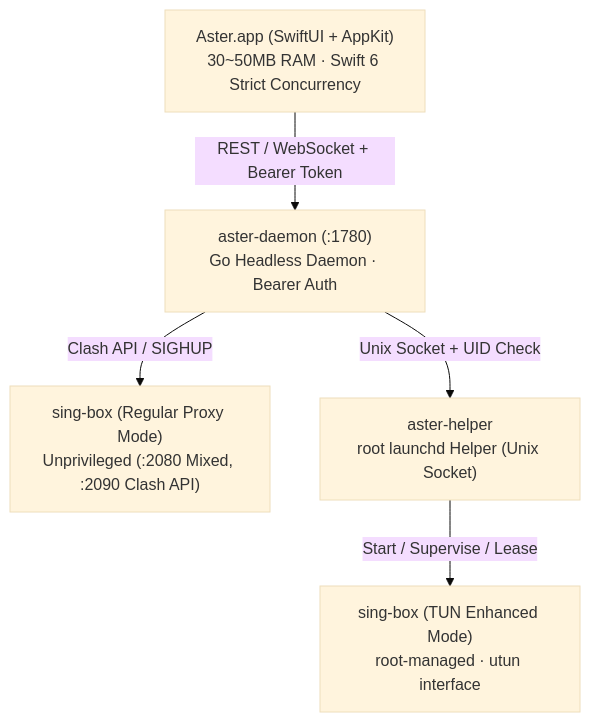
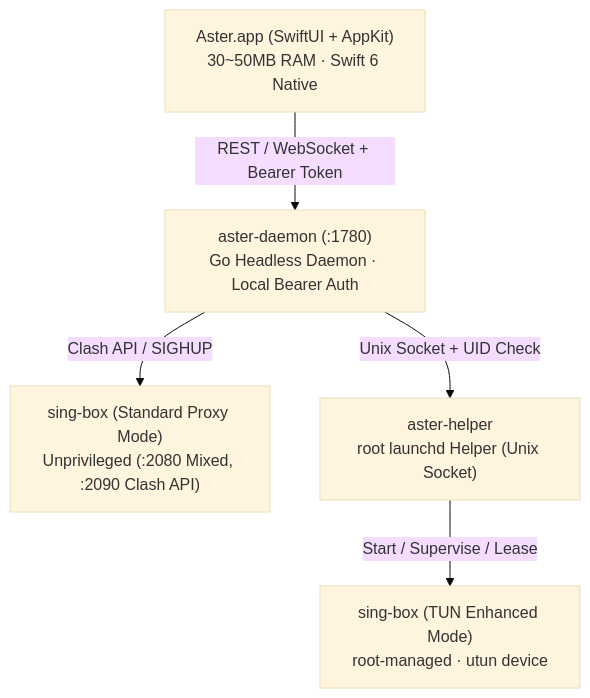
One commit to velctmo/Aster changed the diagram in README_EN.md. Above: the diagram before and after it, drawn with Mermaid (base theme). The commit also changed other lines of this file and 14 other files, not shown here.

````diff
--- a/README_EN.md
+++ b/README_EN.md
@@ -70,13 +63,13 @@
 ```mermaid
 graph TD
-    UI["Aster.app (SwiftUI + AppKit)<br/>30~50MB RAM · Swift 6 Strict Concurrency"]
-    DAEMON["aster-daemon (:1780)<br/>Go Headless Daemon · Bearer Auth"]
-    CORE["sing-box (Regular Proxy Mode)<br/>Unprivileged (:2080 Mixed, :2090 Clash API)"]
+    UI["Aster.app (SwiftUI + AppKit)<br/>30~50MB RAM · Swift 6 Native"]
+    DAEMON["aster-daemon (:1780)<br/>Go Headless Daemon · Local Bearer Auth"]
+    CORE["sing-box (Standard Proxy Mode)<br/>Unprivileged (:2080 Mixed, :2090 Clash API)"]
     HELPER["aster-helper<br/>root launchd Helper (Unix Socket)"]
-    TUN_CORE["sing-box (TUN Enhanced Mode)<br/>root-managed · utun interface"]
+    TUN_CORE["sing-box (TUN Enhanced Mode)<br/>root-managed · utun device"]
 
     UI -->|REST / WebSocket + Bearer Token| DAEMON
     DAEMON -->|Clash API / SIGHUP| CORE
     DAEMON -->|Unix Socket + UID Check| HELPER
     HELPER -->|Start / Supervise / Lease| TUN_CORE
 ```
````
